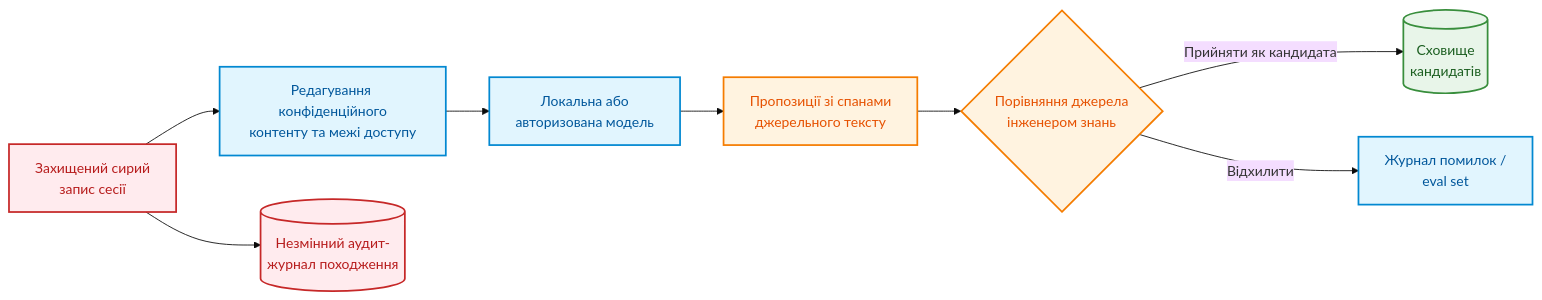
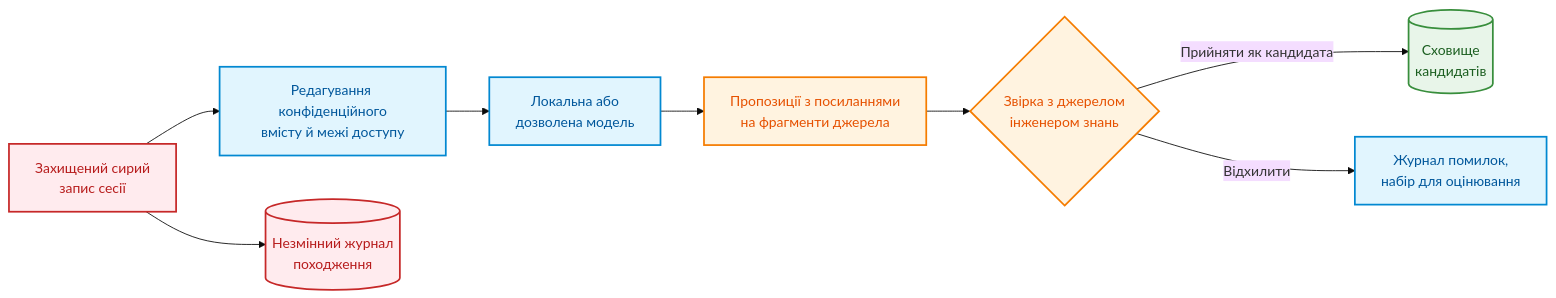
One commit to nick-fedchik/articles changed the fourth of 5 diagrams in ExpertSystem/ch11-knowledge-elicitation-from-experts.md. Above: the diagram before and after it, drawn with Mermaid (base theme). The commit also changed other lines of this file, not shown here.

````diff
--- a/ExpertSystem/ch11-knowledge-elicitation-from-experts.md
+++ b/ExpertSystem/ch11-knowledge-elicitation-from-experts.md
@@ -273,23 +276,23 @@
 ```mermaid
 flowchart LR
-    accTitle: Контур асистування мовної моделі в здобуванні знань
-    accDescr: Схема безпечної обробки сесії з експертом за допомогою моделі з контролем джерела людиною.
+    accTitle: Контур допомоги мовної моделі у вилученні знань
+    accDescr: Безпечна обробка сесії з експертом за допомогою моделі з перевіркою джерела людиною.
 
-    RAW["Захищений сирий<br/>запис сесії"] --> RED["Редагування конфіденційного<br/>контенту та межі доступу"]
-    RED --> LLM["Локальна або<br/>авторизована модель"]
-    LLM --> PROP["Пропозиції зі спанами<br/>джерельного тексту"]
-    PROP --> DIFF{"Порівняння джерела<br/>інженером знань"}
-    DIFF -->|Прийняти як кандидата| KC[("Сховище<br/>кандидатів")]
-    DIFF -->|Відхилити| LOG["Журнал помилок /<br/>eval set"]
-    RAW --> AUD[("Незмінний аудит-<br/>журнал походження")]
+    RAW["Захищений сирий<br/>запис сесії"] --> RED["Редагування конфіденційного<br/>вмісту й межі доступу"]
+    RED --> LLM["Локальна або<br/>дозволена модель"]
+    LLM --> PROP["Пропозиції з посиланнями<br/>на фрагменти джерела"]
+    PROP --> DIFF{"Звірка з джерелом<br/>інженером знань"}
+    DIFF -->|"Прийняти як кандидата"| KC[("Сховище<br/>кандидатів")]
+    DIFF -->|"Відхилити"| LOG["Журнал помилок,<br/>набір для оцінювання"]
+    RAW --> AUD[("Незмінний журнал<br/>походження")]
 
     classDef secure fill:#ffebee,stroke:#c62828,stroke-width:2px,color:#b71c1c;
     classDef proc fill:#e1f5fe,stroke:#0288d1,stroke-width:2px,color:#01579b;
     classDef review fill:#fff3e0,stroke:#f57c00,stroke-width:2px,color:#e65100;
     classDef target fill:#e8f5e9,stroke:#388e3c,stroke-width:2px,color:#1b5e20;
 
     class RAW,AUD secure;
     class RED,LLM,LOG proc;
     class PROP,DIFF review;
     class KC target;
 ```
````
